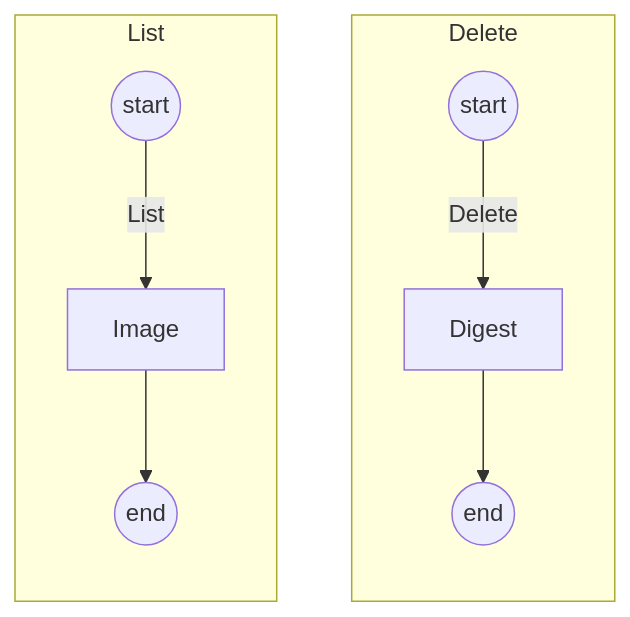
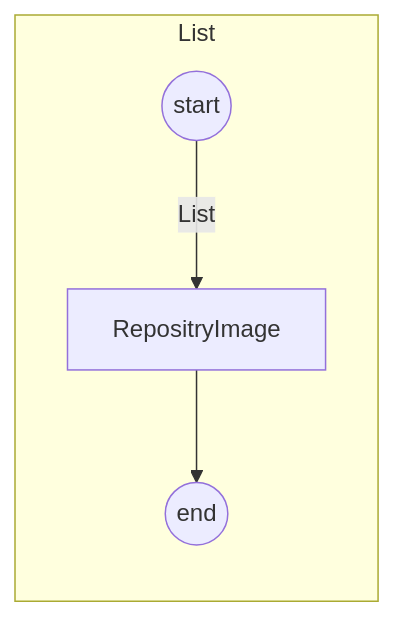
Before and after one commit to sdlfly2000/RegistryManager: the first of 2 diagrams in UML/Application.Service.Image.md, drawn with Mermaid. The commit also changed other lines of this file and 1 other file, not shown here.

Commit message:
Update UML

````diff
--- a/UML/Application.Service.Image.md
+++ b/UML/Application.Service.Image.md
@@ -3,22 +3,12 @@
 ```mermaid
-    graph TB
-        subgraph Delete
-            direction TB
-            start2((start))
-            digest2[Digest]
-            termination2((end))
-
-            %%{relationship}%%
-            start2 --"Delete"--> digest2 --> termination2
-        end
-        
+    graph TB    
         subgraph List
             direction TB
             start1((start))
-            Image1[Image]
+            Image1[RepositryImage]
             termination1((end))
 
             %%{relationship}%%
             start1 --"List"--> Image1 --> termination1
         end
 ```
````
